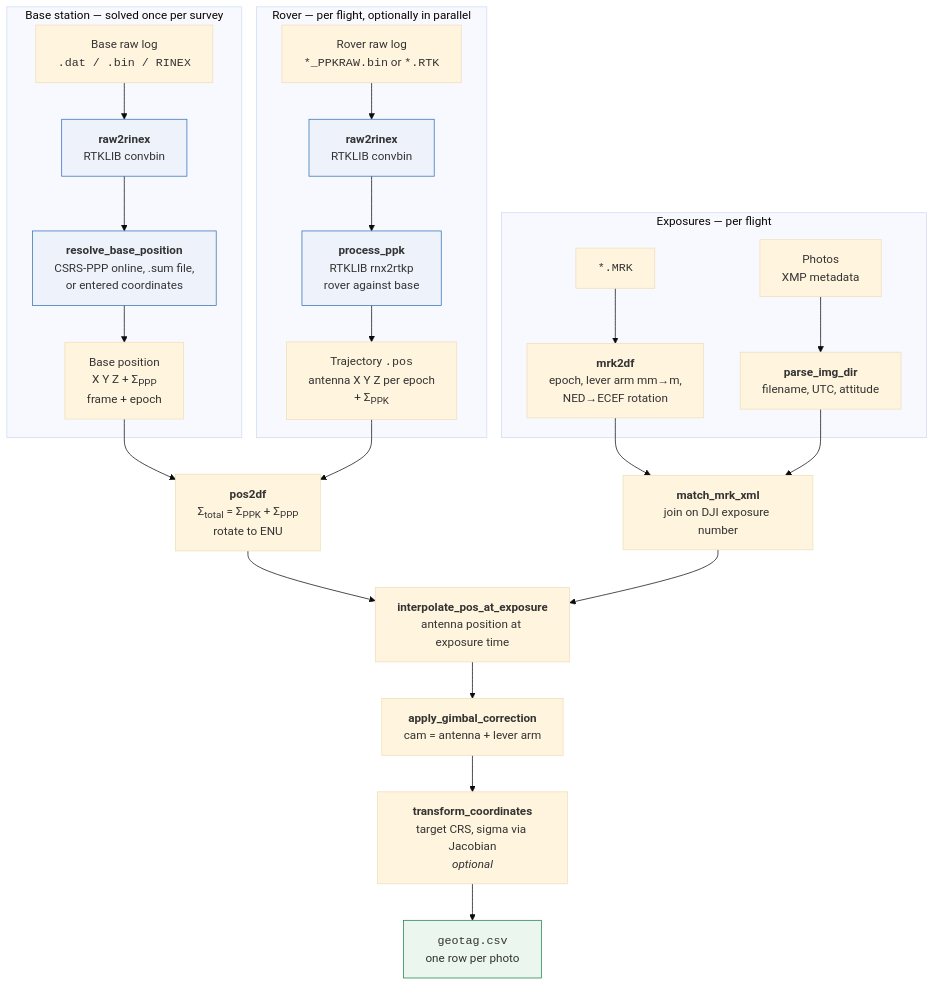
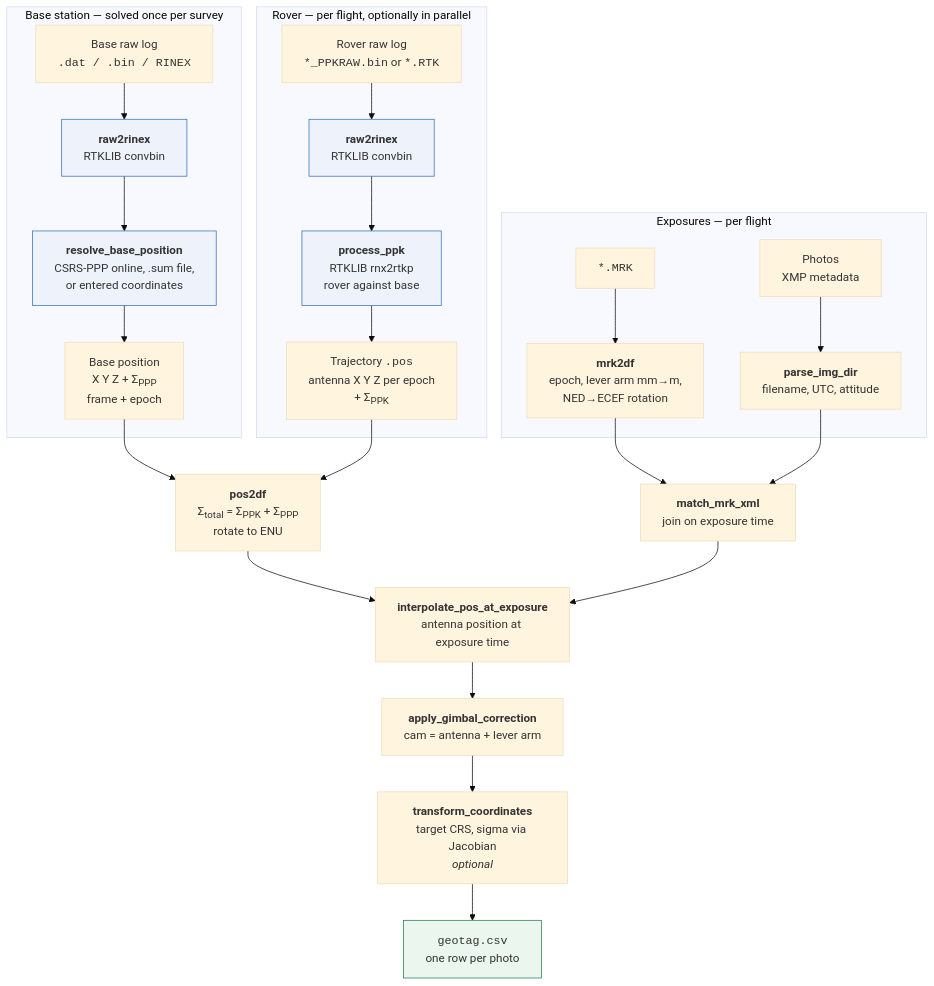
Before and after one commit to RayPan-UC/dji-geotagger: the diagram in docs/pipeline.md, drawn with Mermaid (base theme). The commit also changed other lines of this file and 1 other file, not shown here.

````diff
--- a/docs/pipeline.md
+++ b/docs/pipeline.md
@@ -8,46 +8,46 @@
 ```mermaid
 flowchart TD
     subgraph BASE ["Base station — solved once per survey"]
         B1["Base raw log<br><code>.dat / .bin / RINEX</code>"]
         B2["<b>raw2rinex</b><br>RTKLIB convbin"]
         B3["<b>resolve_base_position</b><br>CSRS-PPP online, .sum file,<br>or entered coordinates"]
         B4["Base position<br>X Y Z + &Sigma;<sub>PPP</sub><br>frame + epoch"]
         B1 --> B2 --> B3 --> B4
     end
 
     subgraph ROVER ["Rover — per flight, optionally in parallel"]
         R1["Rover raw log<br><code>*_PPKRAW.bin</code> or <code>*.RTK</code>"]
         R2["<b>raw2rinex</b><br>RTKLIB convbin"]
         R3["<b>process_ppk</b><br>RTKLIB rnx2rtkp<br>rover against base"]
         R4["Trajectory <code>.pos</code><br>antenna X Y Z per epoch<br>+ &Sigma;<sub>PPK</sub>"]
         R1 --> R2 --> R3 --> R4
     end
 
     subgraph EXP ["Exposures — per flight"]
         M1["<code>*.MRK</code>"]
         M2["<b>mrk2df</b><br>epoch, lever arm mm&rarr;m,<br>NED&rarr;ECEF rotation"]
         X1["Photos<br>XMP metadata"]
         X2["<b>parse_img_dir</b><br>filename, UTC, attitude"]
         M1 --> M2
         X1 --> X2
     end
 
     P1["<b>pos2df</b><br>&Sigma;<sub>total</sub> = &Sigma;<sub>PPK</sub> + &Sigma;<sub>PPP</sub><br>rotate to ENU"]
-    C1["<b>match_mrk_xml</b><br>join on DJI exposure number"]
+    C1["<b>match_mrk_xml</b><br>join on exposure time"]
     C2["<b>interpolate_pos_at_exposure</b><br>antenna position at exposure time"]
     C3["<b>apply_gimbal_correction</b><br>cam = antenna + lever arm"]
     C4["<b>transform_coordinates</b><br>target CRS, sigma via Jacobian<br><i>optional</i>"]
     OUT["<code>geotag.csv</code><br>one row per photo"]
 
     B4 --> P1
     R4 --> P1
     M2 --> C1
     X2 --> C1
     P1 --> C2
     C1 --> C2 --> C3 --> C4 --> OUT
 
     classDef ext fill:#eef3fb,stroke:#2f6fb5
     classDef out fill:#eaf6ee,stroke:#1a7f4b
     class B2,B3,R2,R3 ext
     class OUT out
 ```
````
